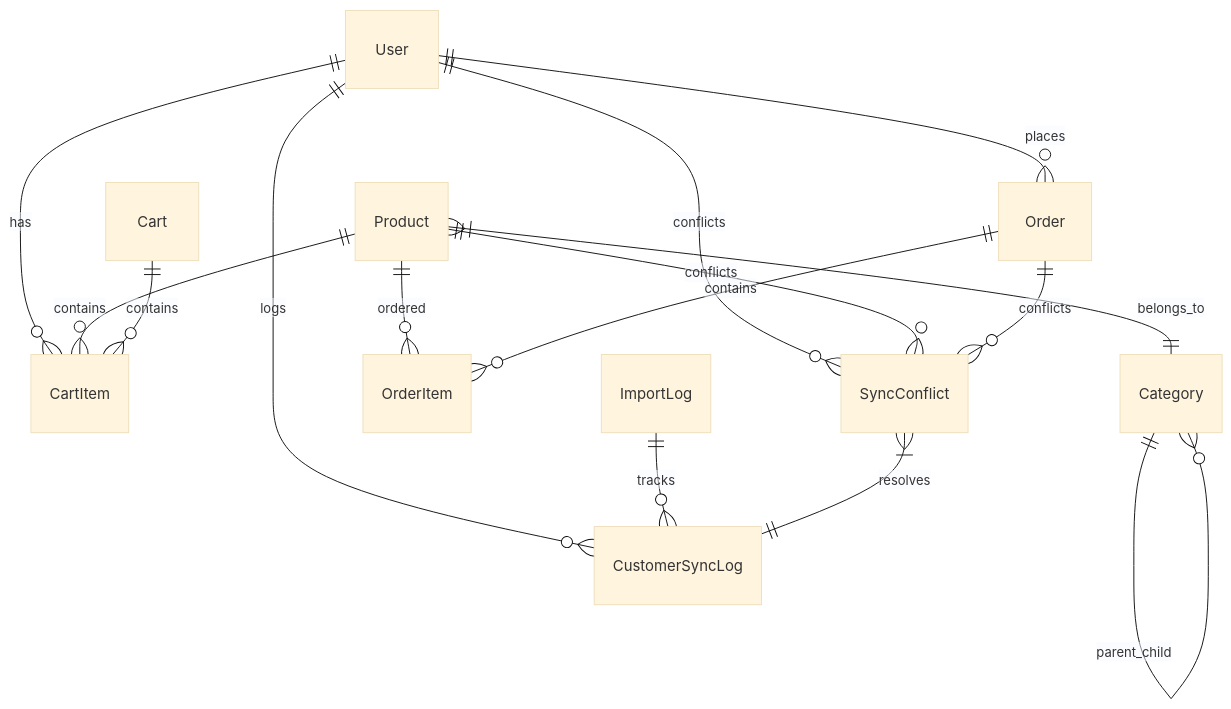
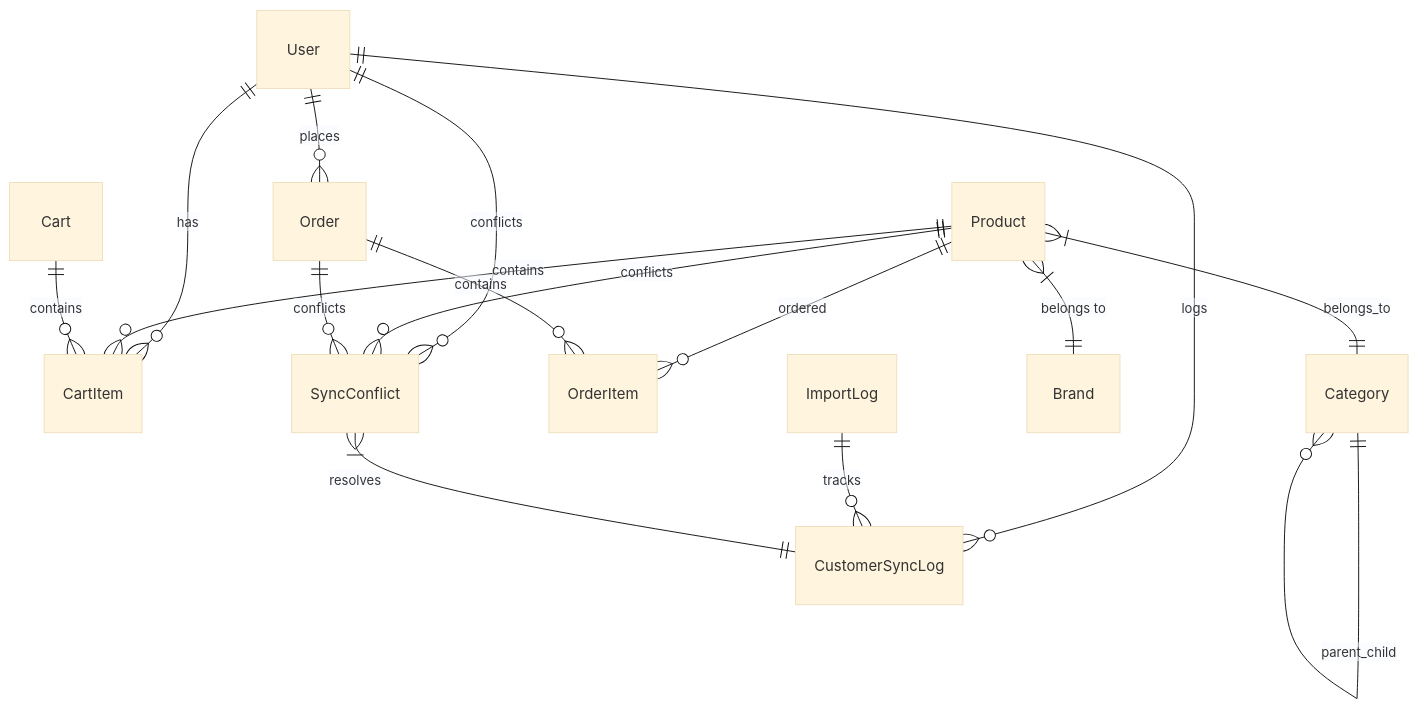
The second of 2 diagrams in docs/architecture/02-data-models.md (AlexMobiCraft/FREESPORT), drawn with Mermaid (base theme) before and after one commit. The commit also changed other lines of this file and 31 other files, not shown here.

````diff
--- a/docs/architecture/02-data-models.md
+++ b/docs/architecture/02-data-models.md
@@ -392,22 +340,23 @@
 ```mermaid
 erDiagram
     User ||--o{ Order : places
     User ||--o{ CartItem : has
     User ||--o{ CustomerSyncLog : logs
     User ||--o{ SyncConflict : conflicts
     
     Product ||--o{ CartItem : contains
     Product ||--o{ OrderItem : ordered
     Product }|--|| Category : belongs_to
+    Product }|--|| Brand : "belongs to"
     Product ||--o{ SyncConflict : conflicts
     
     Order ||--o{ OrderItem : contains
     Order ||--o{ SyncConflict : conflicts
     
     Category ||--o{ Category : parent_child
     
     Cart ||--o{ CartItem : contains
     
     ImportLog ||--o{ CustomerSyncLog : tracks
     SyncConflict }|--|| CustomerSyncLog : resolves
 ```
````
